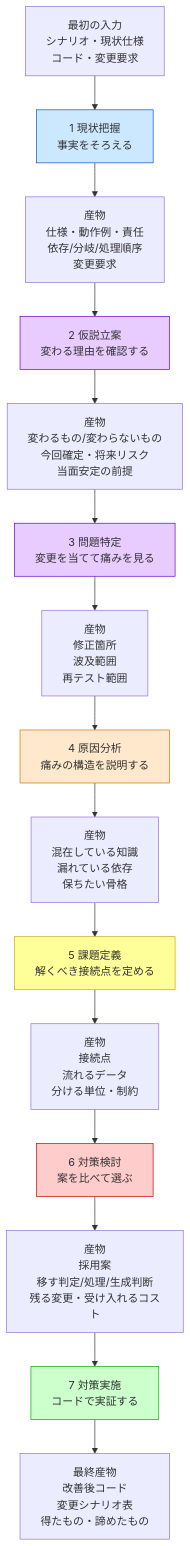
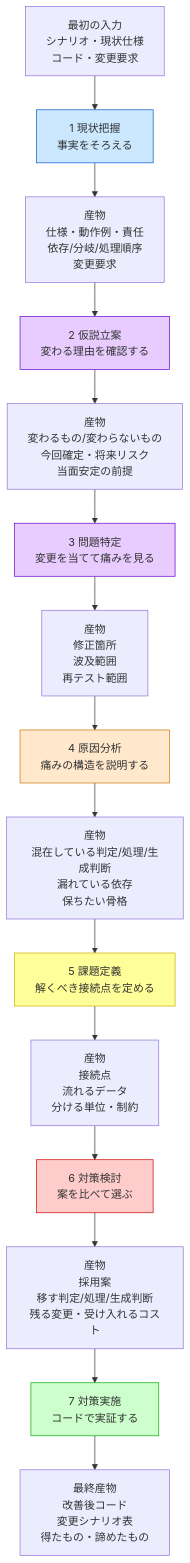
One commit to kumachan1101-pixel/DesignPattern changed the second of 2 diagrams in kindle/design-patterns/output/chapter00_2.md. Above: the diagram before and after it, drawn with Mermaid. The commit also changed other lines of this file and 1 other file, not shown here.

````diff
--- a/kindle/design-patterns/output/chapter00_2.md
+++ b/kindle/design-patterns/output/chapter00_2.md
@@ -85,41 +85,41 @@
 ```mermaid
 flowchart TB
     I0["最初の入力<br>シナリオ・現状仕様<br>コード・変更要求"]
 
     P1["1 現状把握<br>事実をそろえる"]
     O1["産物<br>仕様・動作例・責任<br>依存/分岐/処理順序<br>変更要求"]
 
     P2["2 仮説立案<br>変わる理由を確認する"]
     O2["産物<br>変わるもの/変わらないもの<br>今回確定・将来リスク<br>当面安定の前提"]
 
     P3["3 問題特定<br>変更を当てて痛みを見る"]
     O3["産物<br>修正箇所<br>波及範囲<br>再テスト範囲"]
 
     P4["4 原因分析<br>痛みの構造を説明する"]
-    O4["産物<br>混在している知識<br>漏れている依存<br>保ちたい骨格"]
+    O4["産物<br>混在している判定/処理/生成判断<br>漏れている依存<br>保ちたい骨格"]
 
     P5["5 課題定義<br>解くべき接続点を定める"]
     O5["産物<br>接続点<br>流れるデータ<br>分ける単位・制約"]
 
     P6["6 対策検討<br>案を比べて選ぶ"]
     O6["産物<br>採用案<br>移す判定/処理/生成判断<br>残る変更・受け入れるコスト"]
 
     P7["7 対策実施<br>コードで実証する"]
     O7["最終産物<br>改善後コード<br>変更シナリオ表<br>得たもの・諦めたもの"]
 
     I0 --> P1 --> O1
     O1 --> P2 --> O2
     O2 --> P3 --> O3
     O3 --> P4 --> O4
     O4 --> P5 --> O5
     O5 --> P6 --> O6
     O6 --> P7 --> O7
 
     style P1 fill:#cce8ff,stroke:#0055cc
     style P2 fill:#e8ccff,stroke:#6600cc
     style P3 fill:#e8ccff,stroke:#6600cc
     style P4 fill:#ffe8cc,stroke:#cc7700
     style P5 fill:#ffff99,stroke:#ccaa00
     style P6 fill:#ffcccc,stroke:#cc0000
     style P7 fill:#ccffcc,stroke:#00aa00
 ```
````
